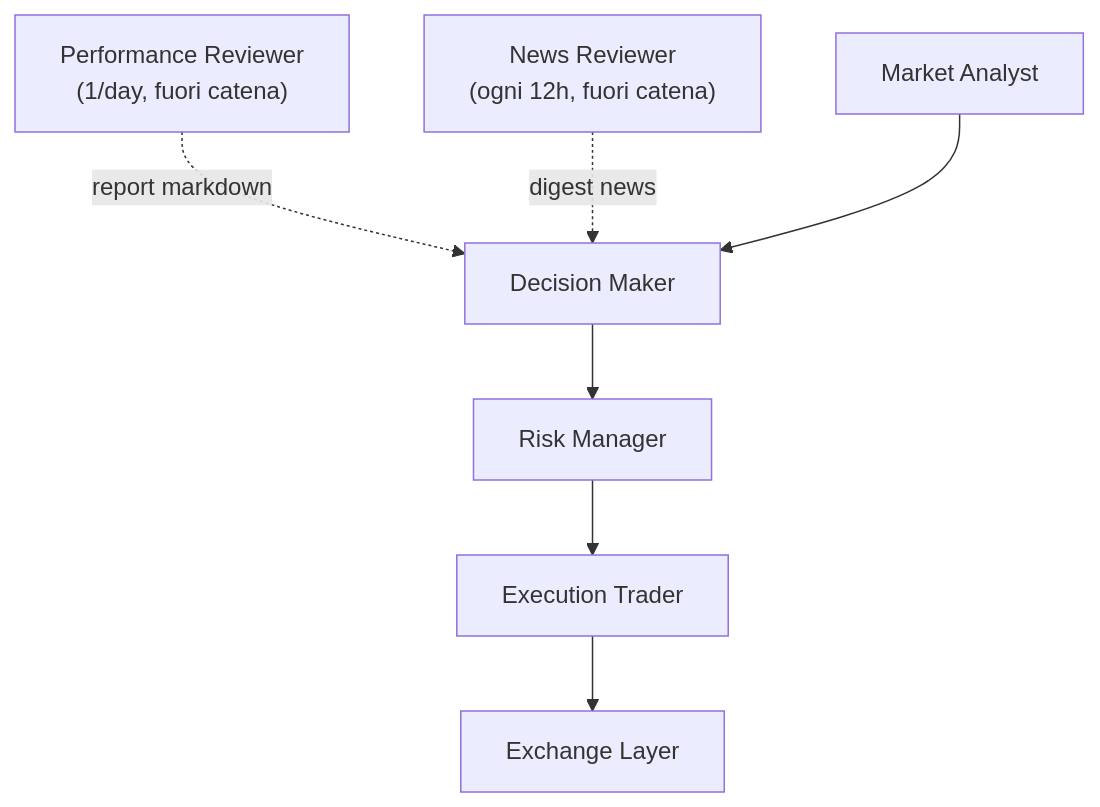
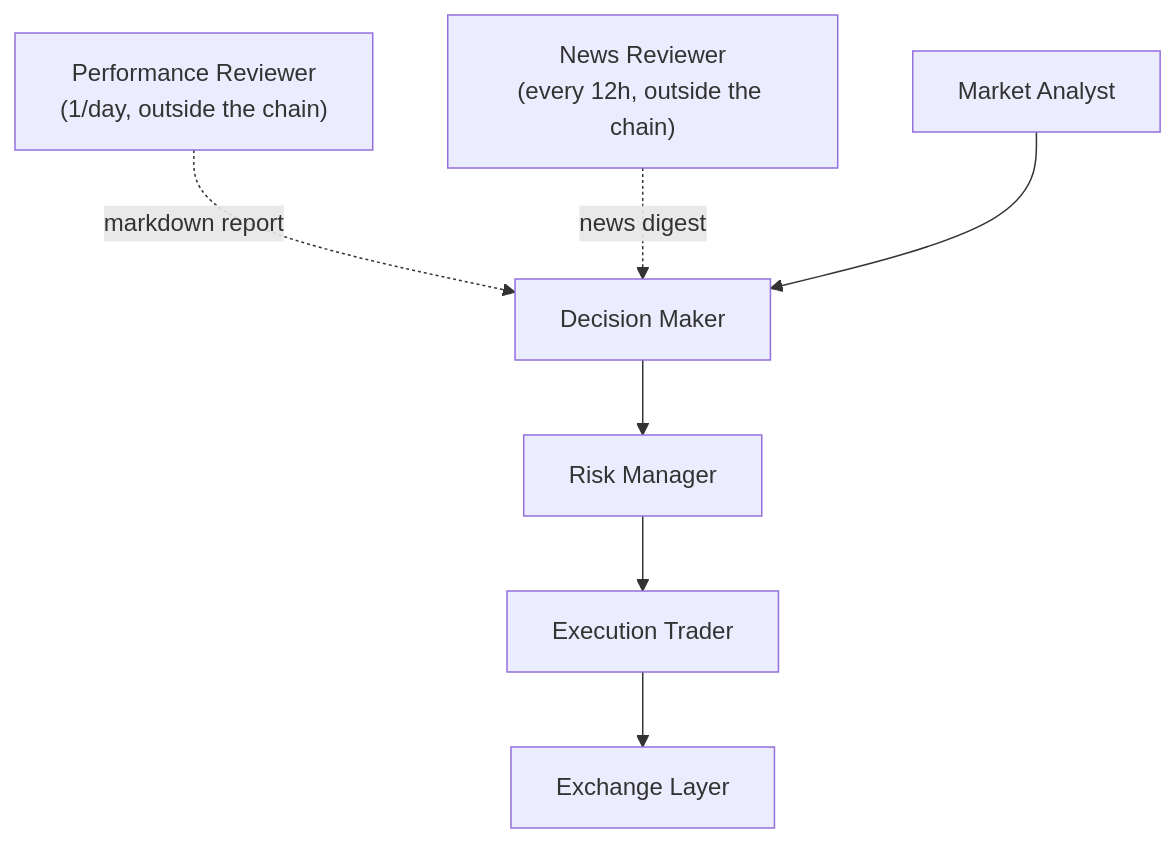
The diagram in docs/architecture.md (Mardock137/mdk_crypto_trading), drawn with Mermaid before and after one commit. The commit also changed other lines of this file and 12 other files, not shown here.

````diff
--- a/docs/architecture.md
+++ b/docs/architecture.md
@@ -23,9 +23,9 @@
 ```mermaid
 flowchart TD
-    reviewer["Performance Reviewer<br/>(1/day, fuori catena)"] -.->|report markdown| decisionMaker
-    newsReviewer["News Reviewer<br/>(ogni 12h, fuori catena)"] -.->|digest news| decisionMaker
+    reviewer["Performance Reviewer<br/>(1/day, outside the chain)"] -.->|markdown report| decisionMaker
+    newsReviewer["News Reviewer<br/>(every 12h, outside the chain)"] -.->|news digest| decisionMaker
     marketAnalyst["Market Analyst"] --> decisionMaker["Decision Maker"]
     decisionMaker --> riskManager["Risk Manager"]
     riskManager --> executionTrader["Execution Trader"]
     executionTrader --> exchangeLayer["Exchange Layer"]
 ```
````
